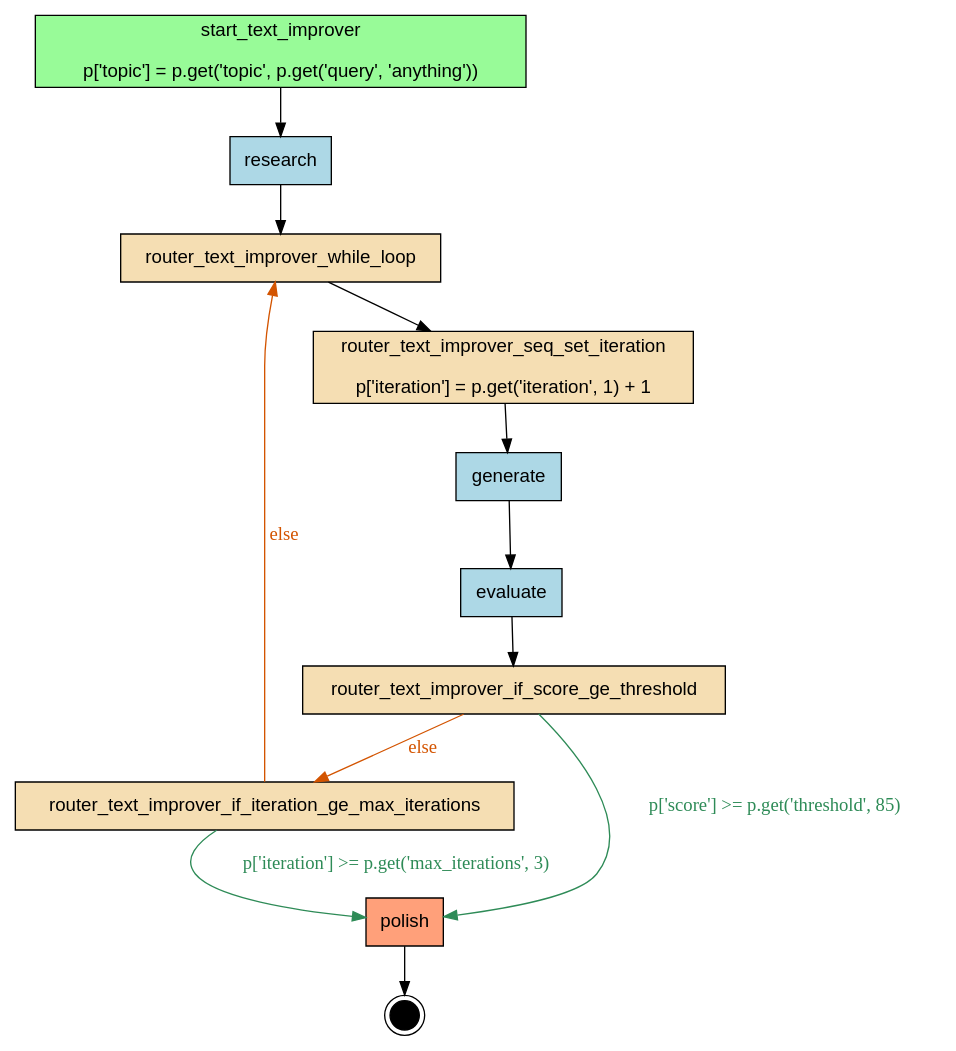
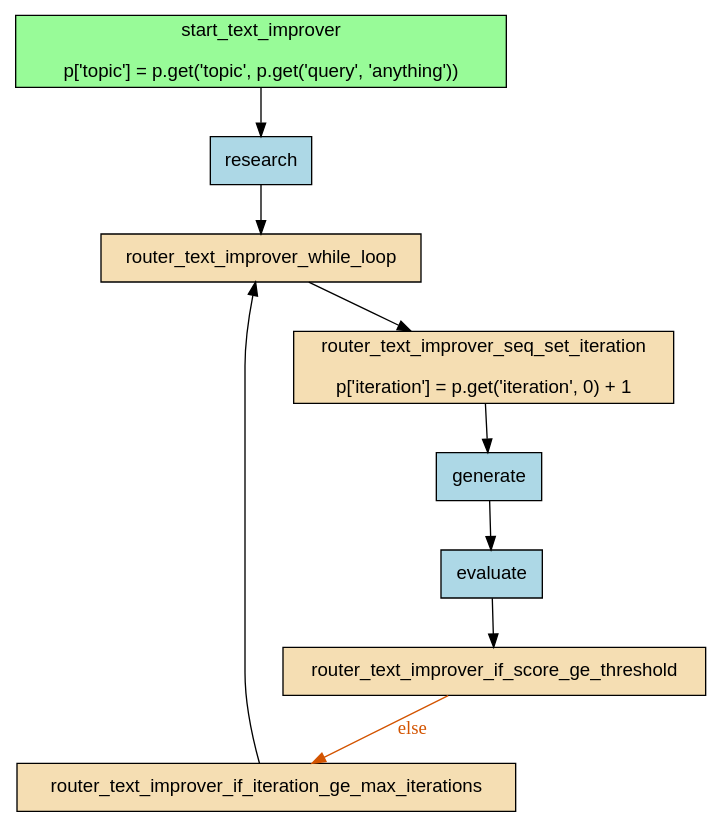
Before and after one commit to deliveryhero/asya: the diagram in examples/demo-kubecon/compiled/text-improver/artifacts/flow.dot, drawn with Graphviz. The commit also changed 21 other files, not shown here.

```diff
--- a/examples/demo-kubecon/compiled/text-improver/artifacts/flow.dot
+++ b/examples/demo-kubecon/compiled/text-improver/artifacts/flow.dot
@@ -1,30 +1,24 @@
 digraph "text_improver" {
     rankdir=TB;
     node [shape=box, style=filled, fontname="Helvetica"];
 
     { rank=source; start_text_improver; }
 
     evaluate [label="evaluate", fillcolor=lightblue];
     generate [label="generate", fillcolor=lightblue];
-    polish [label="polish", fillcolor=lightsalmon];
     research [label="research", fillcolor=lightblue];
     router_text_improver_if_iteration_ge_max_iterations [label="router_text_improver_if_iteration_ge_max_iterations", fillcolor=wheat];
     router_text_improver_if_score_ge_threshold [label="router_text_improver_if_score_ge_threshold", fillcolor=wheat];
-    router_text_improver_seq_set_iteration [label="router_text_improver_seq_set_iteration\n\np['iteration'] = p.get('iteration', 1) + 1", fillcolor=wheat];
+    router_text_improver_seq_set_iteration [label="router_text_improver_seq_set_iteration\n\np['iteration'] = p.get('iteration', 0) + 1", fillcolor=wheat];
     router_text_improver_while_loop [label="router_text_improver_while_loop", fillcolor=wheat];
     start_text_improver [label="start_text_improver\n\np['topic'] = p.get('topic', p.get('query', 'anything'))", fillcolor=palegreen];
 
-    __end__ [label="", shape=doublecircle, fillcolor=black, width=0.3, fixedsize=true];
-
     start_text_improver -> research;
     research -> router_text_improver_while_loop;
-    router_text_improver_if_iteration_ge_max_iterations -> polish [label="p['iteration'] >= p.get('max_iterations', 3)", color="#2E8B57", fontcolor="#2E8B57"];
     router_text_improver_if_score_ge_threshold -> router_text_improver_if_iteration_ge_max_iterations [label="else", color="#D35400", fontcolor="#D35400"];
-    router_text_improver_if_score_ge_threshold -> polish [label="p['score'] >= p.get('threshold', 85)", color="#2E8B57", fontcolor="#2E8B57"];
     router_text_improver_seq_set_iteration -> generate;
     generate -> evaluate;
     evaluate -> router_text_improver_if_score_ge_threshold;
     router_text_improver_while_loop -> router_text_improver_seq_set_iteration;
-    router_text_improver_if_iteration_ge_max_iterations -> router_text_improver_while_loop [label="else", color="#D35400", fontcolor="#D35400"];
-    polish -> __end__;
+    router_text_improver_if_iteration_ge_max_iterations -> router_text_improver_while_loop;
 }
```
